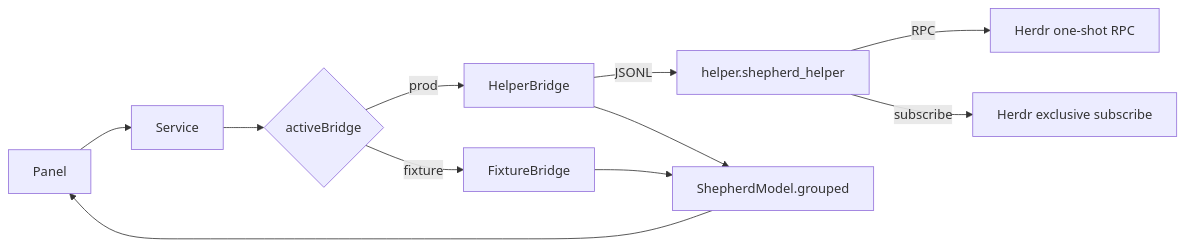
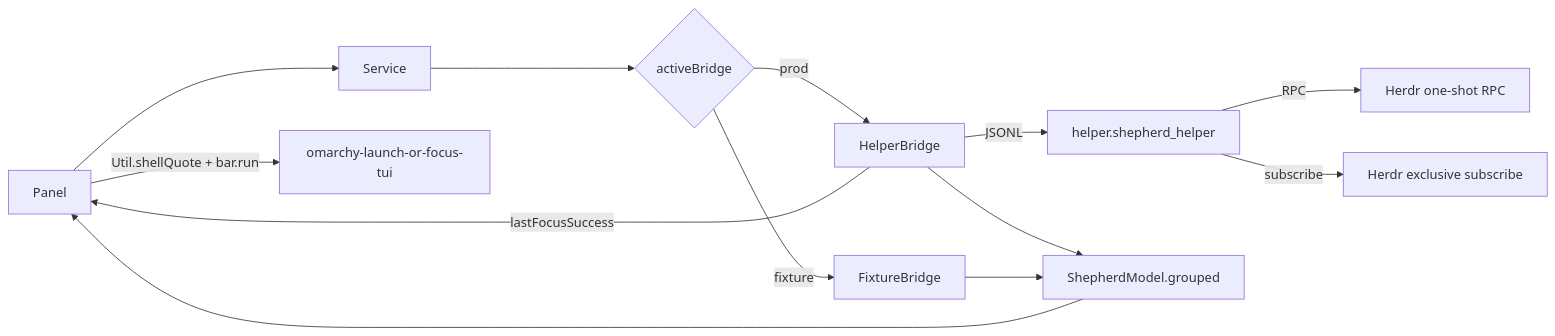
Before and after one commit to dev-tomnorris/omarchy-shepherd: the diagram in docs/DESIGN.md, drawn with Mermaid. The commit also changed other lines of this file and 2 other files, not shown here.

````diff
--- a/docs/DESIGN.md
+++ b/docs/DESIGN.md
@@ -40,13 +42,15 @@
 ```mermaid
 flowchart LR
   Panel --> Service
   Service --> Bridge{activeBridge}
   Bridge -->|prod| HelperBridge
   Bridge -->|fixture| FixtureBridge
   HelperBridge -->|JSONL| Helper[helper.shepherd_helper]
   Helper -->|RPC| HerdrRPC[Herdr one-shot RPC]
   Helper -->|subscribe| HerdrSub[Herdr exclusive subscribe]
+  HelperBridge -->|lastFocusSuccess| Panel
+  Panel -->|Util.shellQuote + bar.run| Omarchy[omarchy-launch-or-focus-tui]
   HelperBridge --> Model[ShepherdModel.grouped]
   FixtureBridge --> Model
   Model --> Panel
 ```
````
